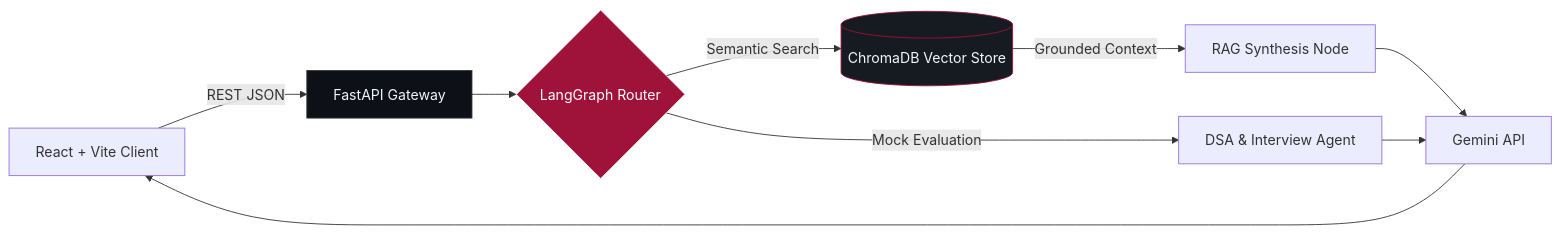
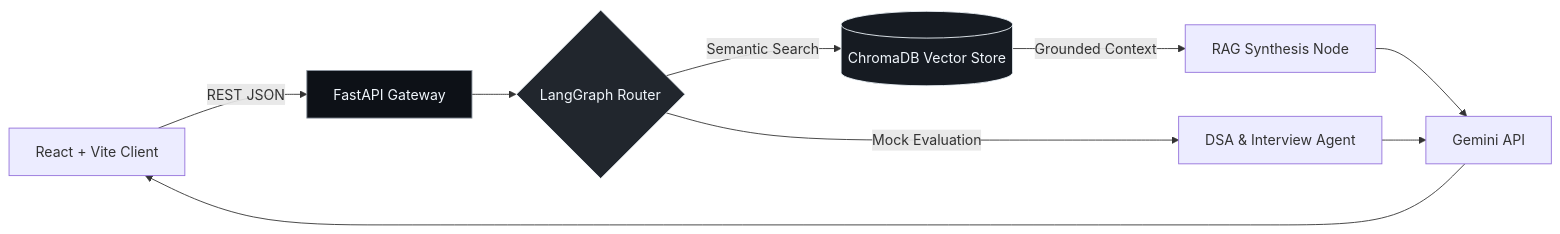
One commit to harsh24239/harsh24239 changed the diagram in README.md. Above: the diagram before and after it, drawn with Mermaid. The commit also changed other lines of this file, not shown here.

````diff
--- a/README.md
+++ b/README.md
@@ -91,14 +91,14 @@
 ```mermaid
 flowchart LR
     UI["React + Vite Client"] -->|REST JSON| API["FastAPI Gateway"]
     API --> SUP{"LangGraph Router"}
     SUP -->|Semantic Search| VDB[("ChromaDB Vector Store")]
     VDB -->|Grounded Context| RAG["RAG Synthesis Node"]
     SUP -->|Mock Evaluation| INT["DSA & Interview Agent"]
     RAG --> LLM["Gemini API"]
     INT --> LLM
     LLM --> UI
-    style SUP fill:#9F1239,stroke:#F0F6FC,color:#FFFFFF
-    style API fill:#0D1117,stroke:#30363D,color:#F0F6FC
-    style VDB fill:#161B22,stroke:#9F1239,color:#F0F6FC
+    style SUP fill:#21262D,stroke:#F0F6FC,color:#F0F6FC
+    style API fill:#0D1117,stroke:#8B949E,color:#F0F6FC
+    style VDB fill:#161B22,stroke:#F0F6FC,color:#F0F6FC
 ```
````
